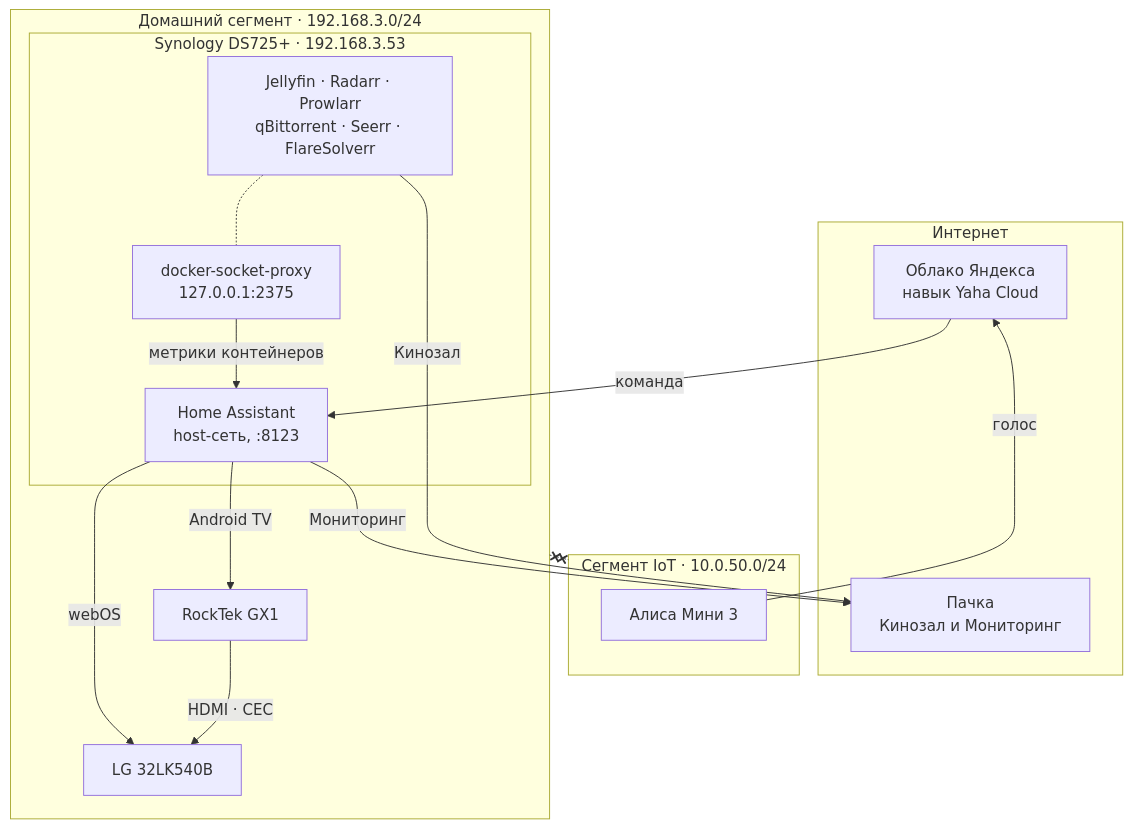
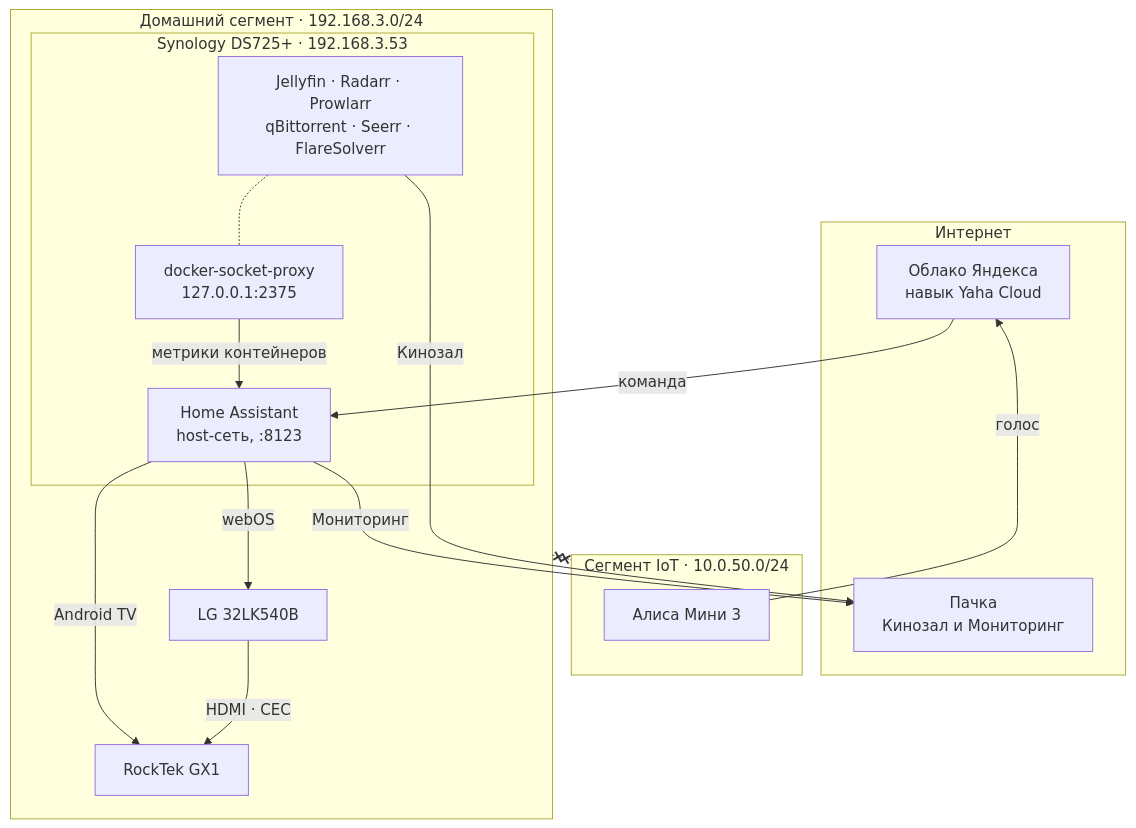
The diagram in README.md (hhypest/hh-homelab), drawn with Mermaid before and after one commit. The commit also changed 3 other files, not shown here.

````diff
--- a/README.md
+++ b/README.md
@@ -73,33 +73,33 @@
 ```mermaid
 flowchart TB
     subgraph cloud [Интернет]
         YA[Облако Яндекса<br/>навык Yaha Cloud]
         PA[Пачка<br/>Кинозал и Мониторинг]
     end
 
     subgraph iot [Сегмент IoT · 10.0.50.0/24]
         AL[Алиса Мини 3]
     end
 
     subgraph home [Домашний сегмент · 192.168.3.0/24]
         subgraph nas [Synology DS725+ · 192.168.3.53]
             HA[Home Assistant<br/>host-сеть, :8123]
             DP[docker-socket-proxy<br/>127.0.0.1:2375]
             ST[Jellyfin · Radarr · Prowlarr<br/>qBittorrent · Seerr · FlareSolverr]
         end
         TV[LG 32LK540B]
         GX[RockTek GX1]
     end
 
     AL -- голос --> YA
     YA -- команда --> HA
     HA -- Мониторинг --> PA
     ST -- Кинозал --> PA
     HA -- webOS --> TV
     HA -- Android TV --> GX
-    GX -- HDMI · CEC --> TV
+    TV -- HDMI · CEC --> GX
     DP -- метрики контейнеров --> HA
     ST -.- DP
 
     home x-.-x iot
 ```
````
